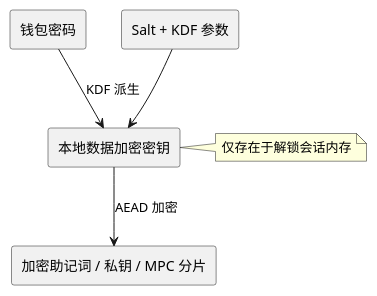
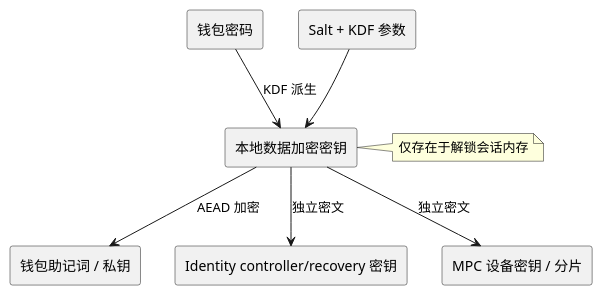
Before and after one commit to yeying-community/wallet: the third of 4 diagrams in docs/钱包安全/密钥安全.md, drawn with PlantUML. The commit also changed other lines of this file and 11 other files, not shown here.

Commit message:
feat: support complete identity recovery from custody

````diff
--- a/docs/钱包安全/密钥安全.md
+++ b/docs/钱包安全/密钥安全.md
@@ -89,15 +288,20 @@
 ```plantuml
 @startuml key-hierarchy
 top to bottom direction
 rectangle "钱包密码" as Password
 rectangle "Salt + KDF 参数" as Params
 rectangle "本地数据加密密钥" as LocalKey
-rectangle "加密助记词 / 私钥 / MPC 分片" as Secrets
+rectangle "钱包助记词 / 私钥" as WalletSecrets
+rectangle "Identity controller/recovery 密钥" as IdentitySecrets
+rectangle "MPC 设备密钥 / 分片" as MpcSecrets
+
 Password --> LocalKey : KDF 派生
 Params --> LocalKey
-LocalKey --> Secrets : AEAD 加密
+LocalKey --> WalletSecrets : AEAD 加密
+LocalKey --> IdentitySecrets : 独立密文
+LocalKey --> MpcSecrets : 独立密文
 note right of LocalKey
 仅存在于解锁会话内存
 end note
 @enduml
 ```
````
